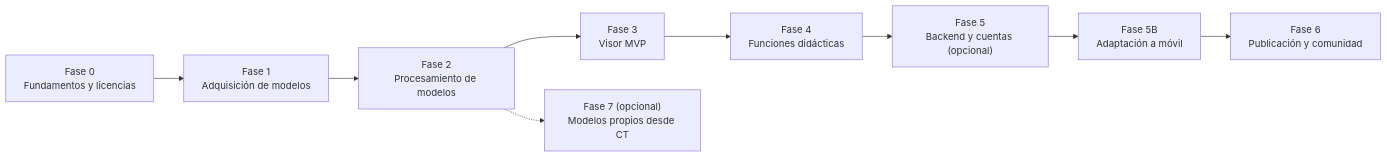
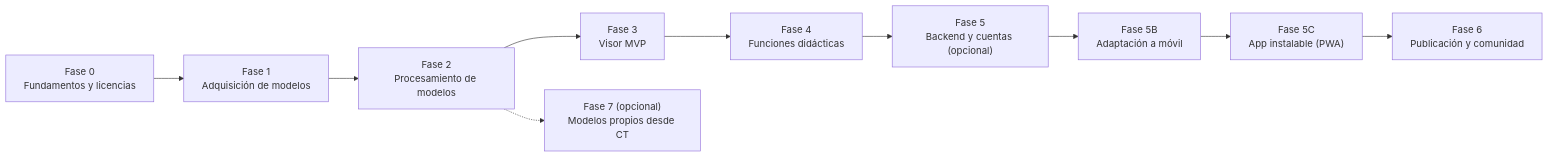
The first of 3 diagrams in docs/PLAN_PROYECTO.md (stemensooh/atlas-anatomia-libre), drawn with Mermaid before and after one commit. The commit also changed other lines of this file and 19 other files, not shown here.

````diff
--- a/docs/PLAN_PROYECTO.md
+++ b/docs/PLAN_PROYECTO.md
@@ -39,11 +39,12 @@
 ```mermaid
 flowchart LR
     F0["Fase 0<br/>Fundamentos y licencias"] --> F1["Fase 1<br/>Adquisición de modelos"]
     F1 --> F2["Fase 2<br/>Procesamiento de modelos"]
     F2 --> F3["Fase 3<br/>Visor MVP"]
     F3 --> F4["Fase 4<br/>Funciones didácticas"]
     F4 --> F5["Fase 5<br/>Backend y cuentas (opcional)"]
     F5 --> F5B["Fase 5B<br/>Adaptación a móvil"]
-    F5B --> F6["Fase 6<br/>Publicación y comunidad"]
+    F5B --> F5C["Fase 5C<br/>App instalable (PWA)"]
+    F5C --> F6["Fase 6<br/>Publicación y comunidad"]
     F2 -.-> F7["Fase 7 (opcional)<br/>Modelos propios desde CT"]
 ```
````
